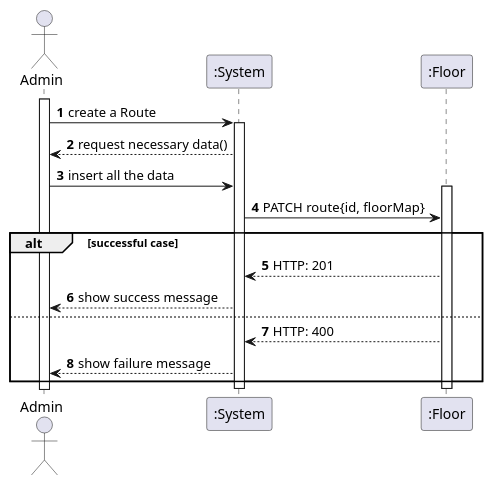
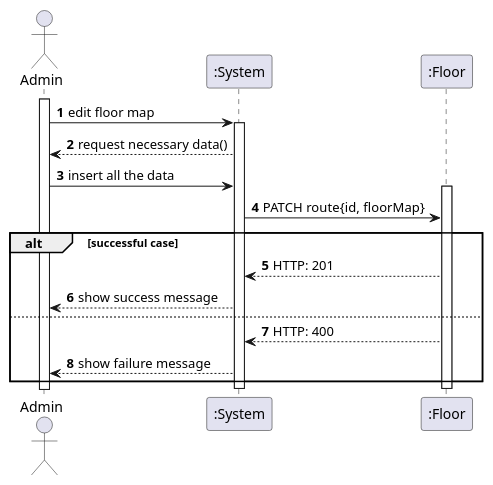
The diagram in docs/Sprint A/US230/Level2_patchFloorMap.puml (NunoTeixeiraMota/ProjetoIntegrador24), drawn with PlantUML before and after one commit. The commit also changed 40 other files, not shown here.

Commit message:
Updated some diagrams

```diff
--- a/docs/Sprint A/US230/Level2_patchFloorMap.puml
+++ b/docs/Sprint A/US230/Level2_patchFloorMap.puml
@@ -1,28 +1,28 @@
 @startuml
 autonumber
 'hide footbox
 actor "Admin" as admin
 
 participant ":System" as sys
 participant ":Floor" as floor
 
 activate admin
 
-admin -> sys: create a Route
+admin -> sys: edit floor map
 activate sys
 
 sys --> admin: request necessary data()
 admin -> sys : insert all the data
 activate floor
 sys -> floor: PATCH route{id, floorMap}
 
 alt successful case
     floor --> sys: HTTP: 201
     sys --> admin: show success message
 else
     floor --> sys: HTTP: 400
     sys --> admin: show failure message
 end
 deactivate floor
 deactivate sys
 @enduml
```
